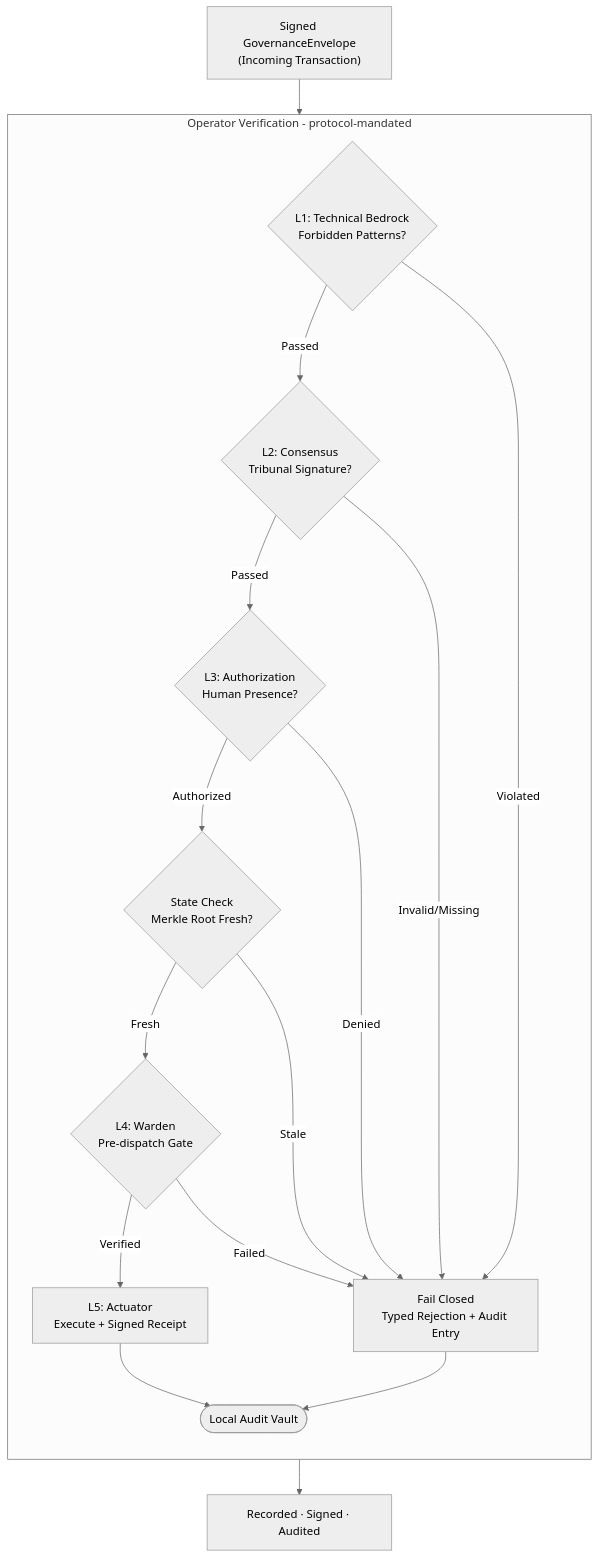
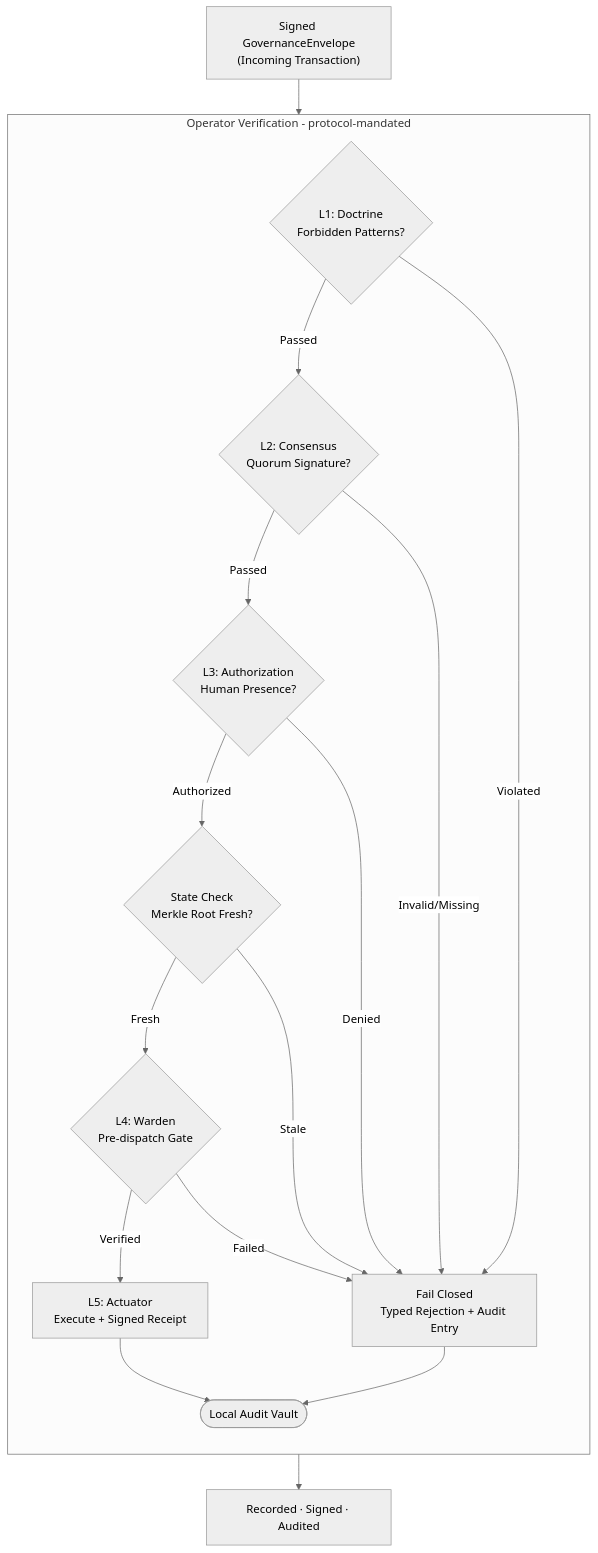
One commit to g8e-ai/g8e changed the fourth of 4 diagrams in README.md. Above: the diagram before and after it, drawn with Mermaid (neutral theme). The commit also changed other lines of this file and 71 other files, not shown here.

````diff
--- a/README.md
+++ b/README.md
@@ -120,39 +146,39 @@
 ```mermaid
 graph TD
     Start["Signed GovernanceEnvelope<br/>(Incoming Transaction)"]
 
     subgraph Verification ["Operator Verification - protocol-mandated"]
         direction TB
-        L1{"L1: Technical Bedrock<br/>Forbidden Patterns?"}
-        L2{"L2: Consensus<br/>Tribunal Signature?"}
+        L1{"L1: Doctrine<br/>Forbidden Patterns?"}
+        L2{"L2: Consensus<br/>Quorum Signature?"}
         L3{"L3: Authorization<br/>Human Presence?"}
         State{"State Check<br/>Merkle Root Fresh?"}
         L4{"L4: Warden<br/>Pre-dispatch Gate"}
         
         FailClosed["Fail Closed<br/>Typed Rejection + Audit Entry"]
         Actuator["L5: Actuator<br/>Execute + Signed Receipt"]
         LocalVault([Local Audit Vault])
 
         L1 -- "Passed" --> L2
         L1 -- "Violated" ----> FailClosed
         
         L2 -- "Passed" --> L3
         L2 -- "Invalid/Missing" ---> FailClosed
         
         L3 -- "Authorized" --> State
         L3 -- "Denied" --> FailClosed
         
         State -- "Fresh" --> L4
         State -- "Stale" --> FailClosed
 
         L4 -- "Verified" --> Actuator
         L4 -- "Failed" --> FailClosed
 
         Actuator --> LocalVault
         FailClosed --> LocalVault
     end
 
     LocalVault --> Done["Recorded · Signed · Audited"]
 
     Start --> L1
 ```
````
